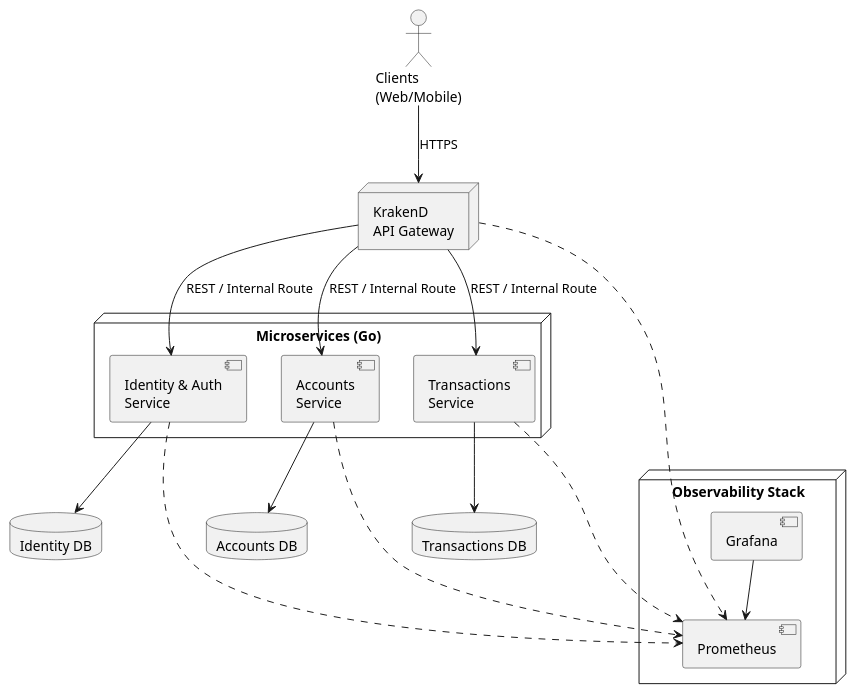
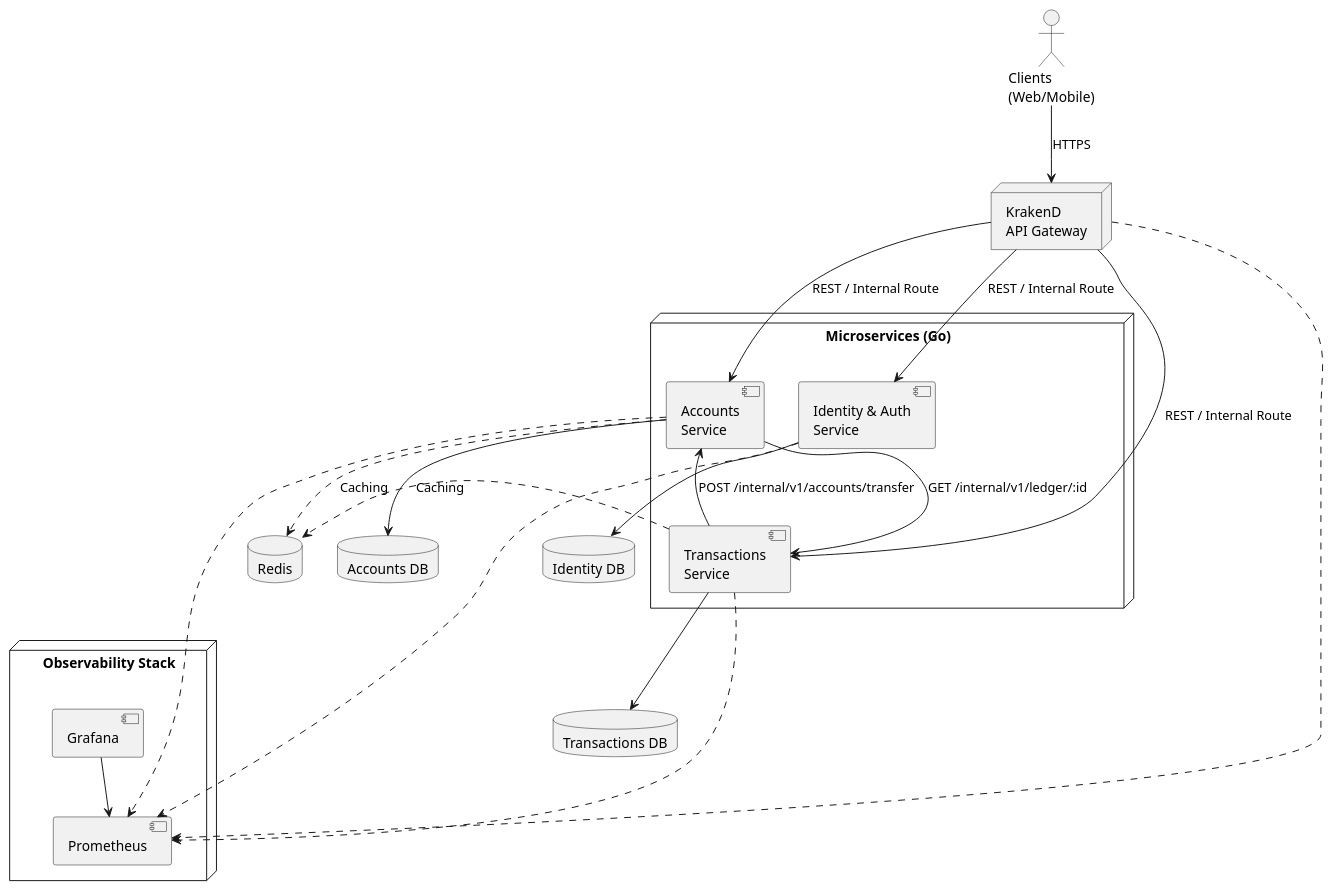
Before and after one commit to VelaSam/CanBankX_Samuel_Velasco: the diagram in docs/architecture/puml/phase3_microservices/deployment_view_phase3_microservices.puml, drawn with PlantUML. The commit also changed 9 other files, not shown here.

```diff
--- a/docs/architecture/puml/phase3_microservices/deployment_view_phase3_microservices.puml
+++ b/docs/architecture/puml/phase3_microservices/deployment_view_phase3_microservices.puml
@@ -1,36 +1,43 @@
-@startuml
+@startuml deployment_view_phase3
 skinparam componentStyle uml2
 
 actor "Clients\n(Web/Mobile)" as Client
 node "KrakenD\nAPI Gateway" as Gateway
 
 node "Microservices (Go)" {
   component "Identity & Auth\nService" as Identity
   component "Accounts\nService" as Accounts
   component "Transactions\nService" as Transactions
 }
 
 database "Identity DB" as DB_Id
 database "Accounts DB" as DB_Acc
 database "Transactions DB" as DB_Tx
+database "Redis" as Redis
 
 node "Observability Stack" {
   component "Prometheus" as Prom
   component "Grafana" as Grafana
 }
 
 Client --> Gateway : HTTPS
 Gateway --> Identity : REST / Internal Route
 Gateway --> Accounts : REST / Internal Route
 Gateway --> Transactions : REST / Internal Route
 
 Identity --> DB_Id
 Accounts --> DB_Acc
 Transactions --> DB_Tx
 
+Accounts .> Redis : Caching
+Transactions .> Redis : Caching
+
+Transactions --> Accounts : POST /internal/v1/accounts/transfer
+Accounts --> Transactions : GET /internal/v1/ledger/:id
+
 Identity -.-> Prom
 Accounts -.-> Prom
 Transactions -.-> Prom
 Gateway -.-> Prom
 Grafana --> Prom
 @enduml
```
